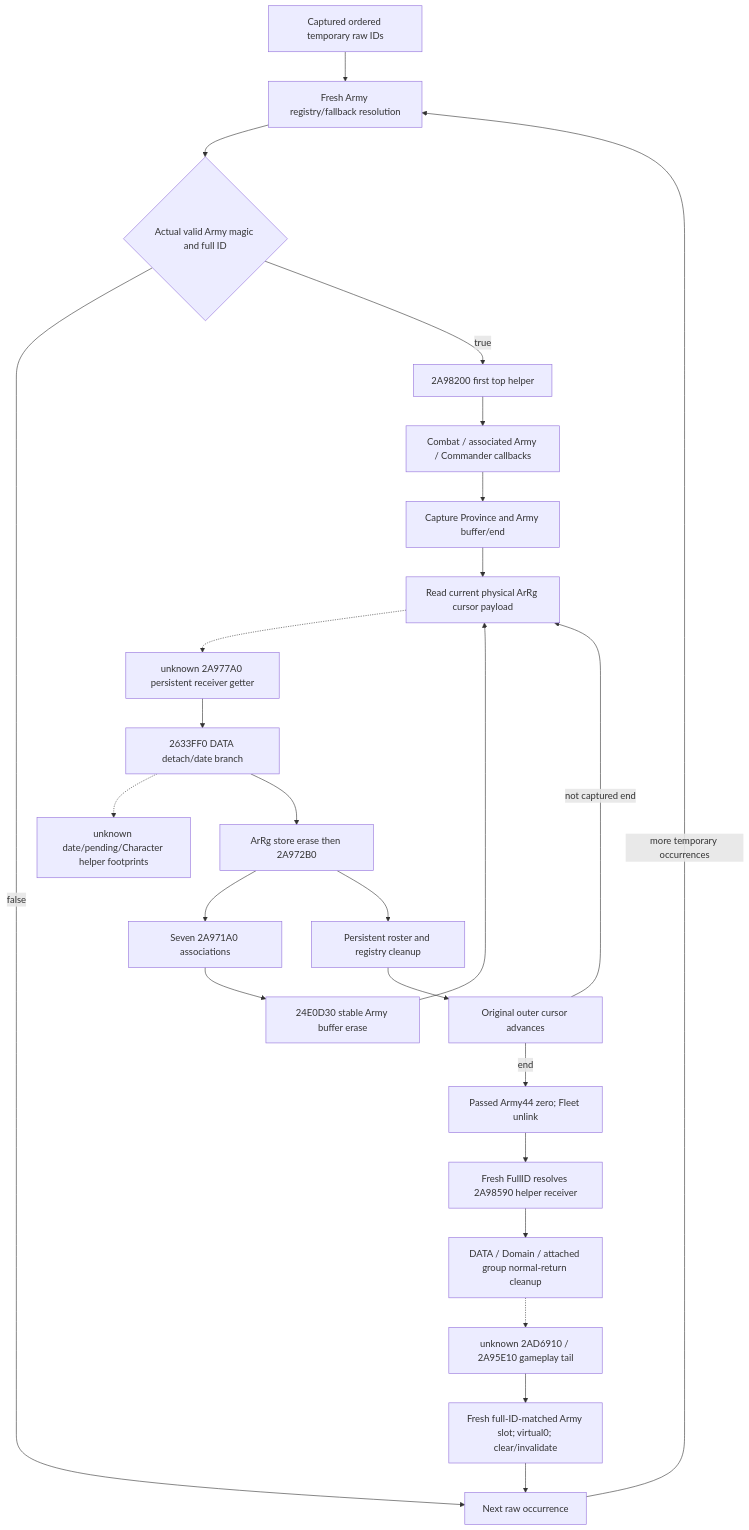
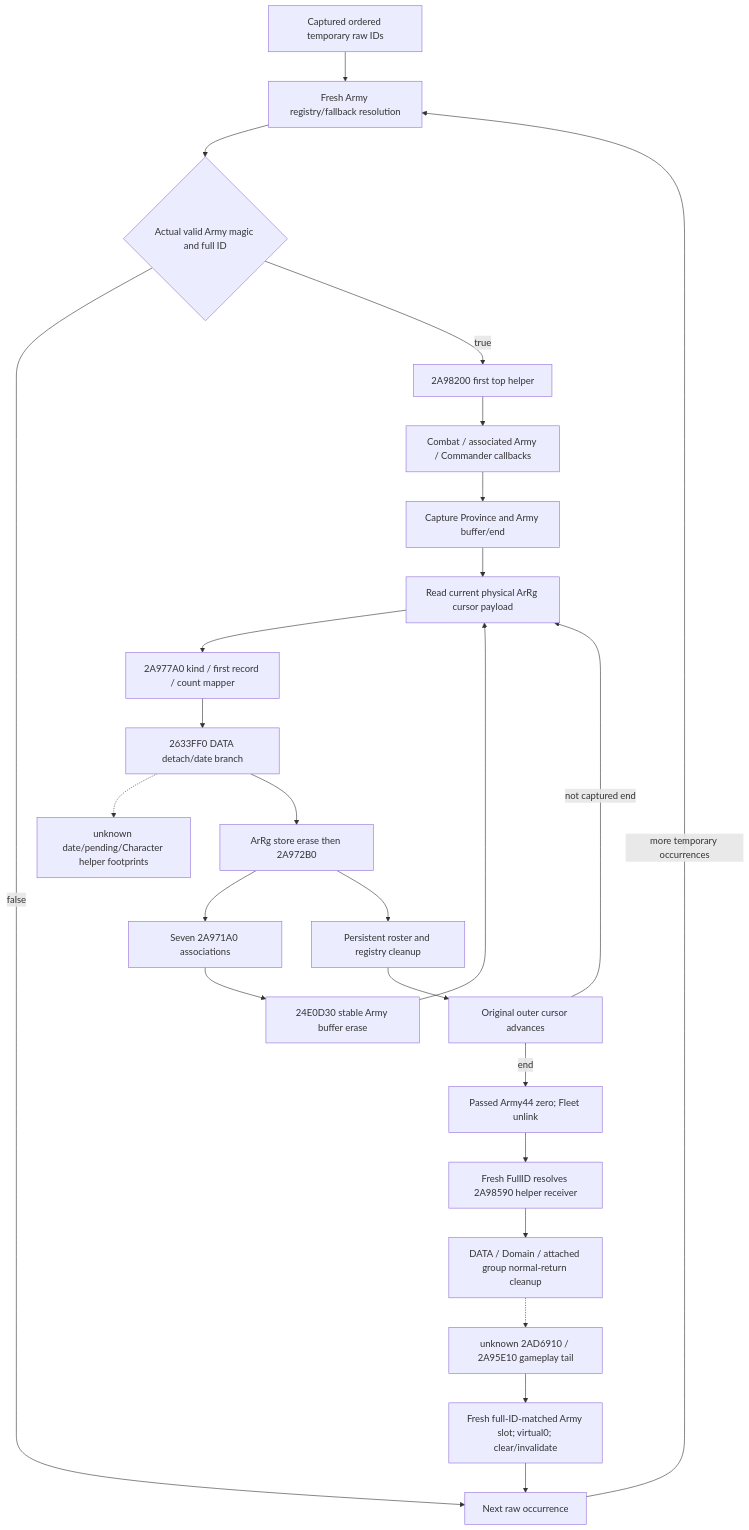
Before and after one commit to XenoAmess/ck3_eternal_recurrence: the first of 2 diagrams in docs/ck3-native-ai/army-later-removal-drain-stage-inputs-12003.md, drawn with Mermaid. The commit also changed other lines of this file, not shown here.

Commit message:
Close the persistent regiment detachment mapper source

````diff
--- a/docs/ck3-native-ai/army-later-removal-drain-stage-inputs-12003.md
+++ b/docs/ck3-native-ai/army-later-removal-drain-stage-inputs-12003.md
@@ -45,27 +45,27 @@
 ```mermaid
 flowchart TD
     Q[Captured ordered temporary raw IDs] --> R[Fresh Army registry/fallback resolution]
     R --> G{Actual valid Army magic and full ID}
     G -->|false| N[Next raw occurrence]
     G -->|true| T[2A98200 first top helper]
     T --> A[Combat / associated Army / Commander callbacks]
     A --> C[Capture Province and Army buffer/end]
     C --> L[Read current physical ArRg cursor payload]
-    L -.-> M[unknown 2A977A0 persistent receiver getter]
+    L --> M[2A977A0 kind / first record / count mapper]
     M --> D[2633FF0 DATA detach/date branch]
     D -.-> X[unknown date/pending/Character helper footprints]
     D --> E[ArRg store erase then 2A972B0]
     E --> H[Seven 2A971A0 associations]
     H --> S[24E0D30 stable Army buffer erase]
     S --> L
     E --> P[Persistent roster and registry cleanup]
     P --> B[Original outer cursor advances]
     B -->|not captured end| L
     B -->|end| F[Passed Army44 zero; Fleet unlink]
     F --> K[Fresh FullID resolves 2A98590 helper receiver]
     K --> V[DATA / Domain / attached group normal-return cleanup]
     V -.-> U[unknown 2AD6910 / 2A95E10 gameplay tail]
     U --> DB[Fresh full-ID-matched Army slot; virtual0; clear/invalidate]
     DB --> N
     N -->|more temporary occurrences| R
 ```
````
